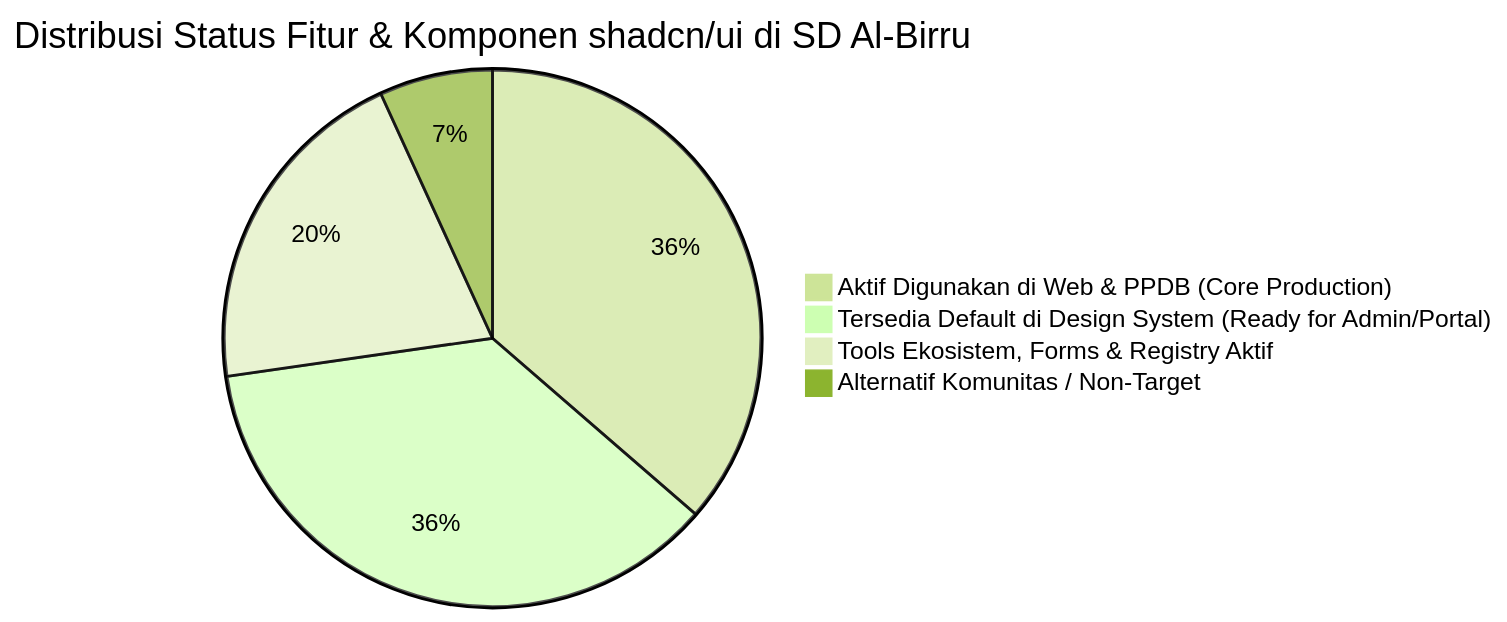
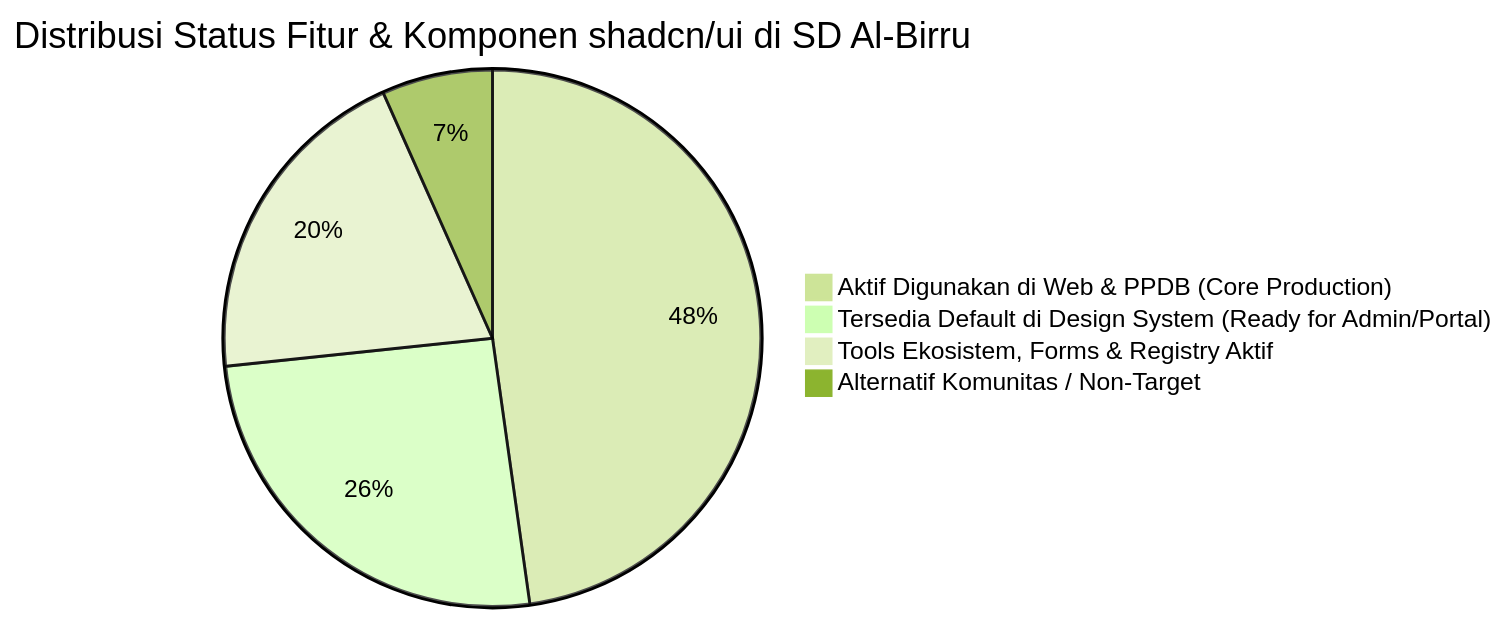
Before and after one commit to Mafrilearth/albirru-school-management-monorepo: the diagram in docs/shadcn-ui-audit.md, drawn with Mermaid (forest theme). The commit also changed other lines of this file and 23 other files, not shown here.

````diff
--- a/docs/shadcn-ui-audit.md
+++ b/docs/shadcn-ui-audit.md
@@ -14,7 +14,7 @@
 ```mermaid
 pie title Distribusi Status Fitur & Komponen shadcn/ui di SD Al-Birru
-    "Aktif Digunakan di Web & PPDB (Core Production)" : 32
-    "Tersedia Default di Design System (Ready for Admin/Portal)" : 32
+    "Aktif Digunakan di Web & PPDB (Core Production)" : 43
+    "Tersedia Default di Design System (Ready for Admin/Portal)" : 23
     "Tools Ekosistem, Forms & Registry Aktif" : 18
     "Alternatif Komunitas / Non-Target" : 6
 ```
````
